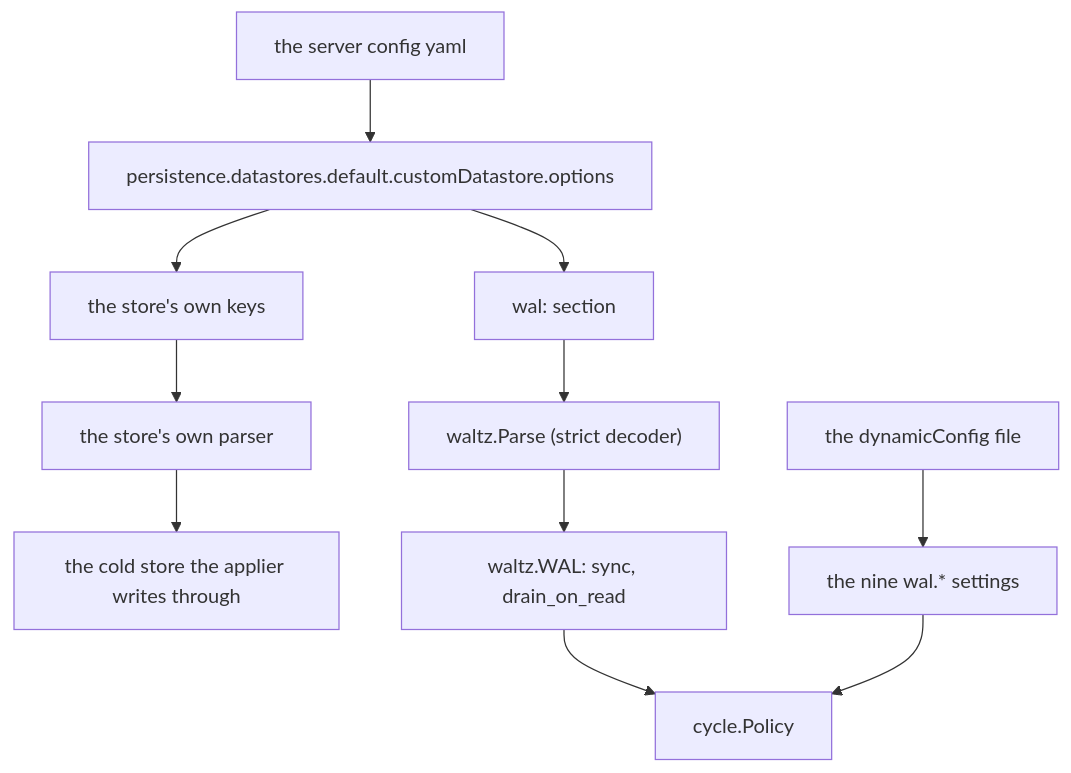
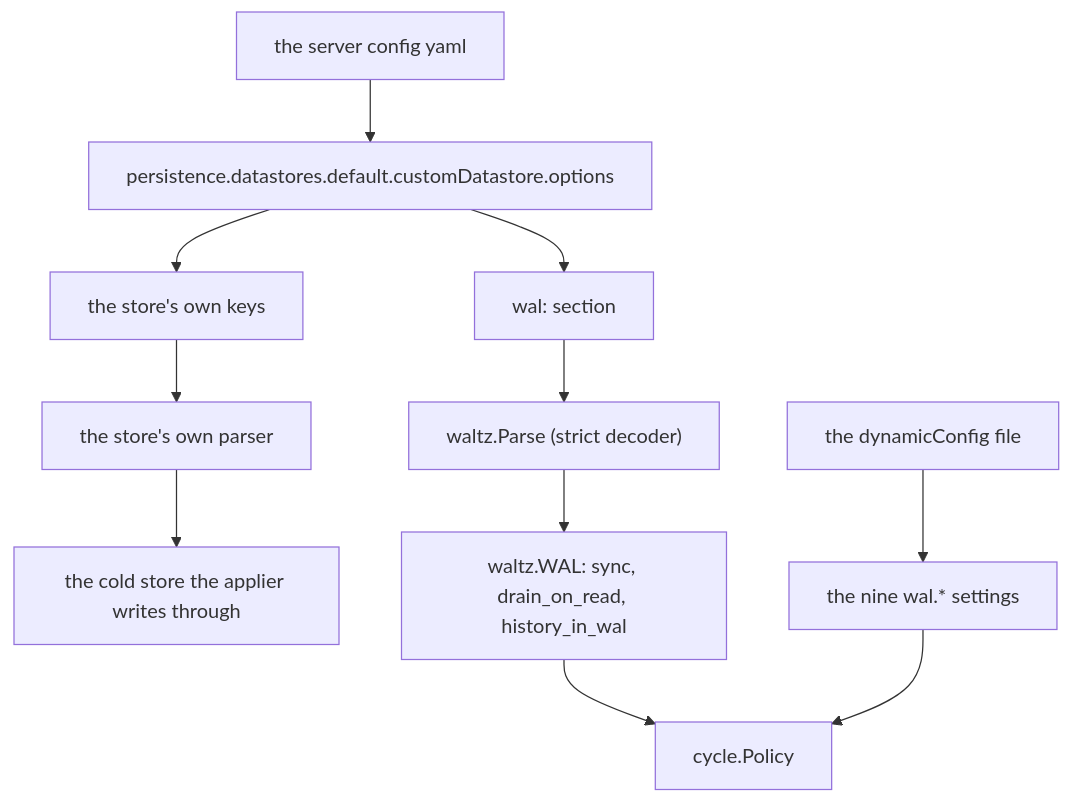
The first of 3 diagrams in docs/handbook/08-configuration.md (aromanovich/waltz), drawn with Mermaid before and after one commit. The commit also changed other lines of this file and 4 other files, not shown here.

````diff
--- a/docs/handbook/08-configuration.md
+++ b/docs/handbook/08-configuration.md
@@ -88,13 +91,13 @@
 ```mermaid
 flowchart TD
   F["the server config yaml"] --> P["persistence.datastores.default.customDatastore.options"]
   P --> A["the store's own keys"]
   P --> B["wal: section"]
   A --> C["the store's own parser"]
   B --> D["waltz.Parse (strict decoder)"]
   C --> E["the cold store the applier writes through"]
-  D --> G["waltz.WAL: sync, drain_on_read"]
+  D --> G["waltz.WAL: sync, drain_on_read, history_in_wal"]
   H["the dynamicConfig file"] --> I["the nine wal.* settings"]
   G --> J["cycle.Policy"]
   I --> J
 ```
````
